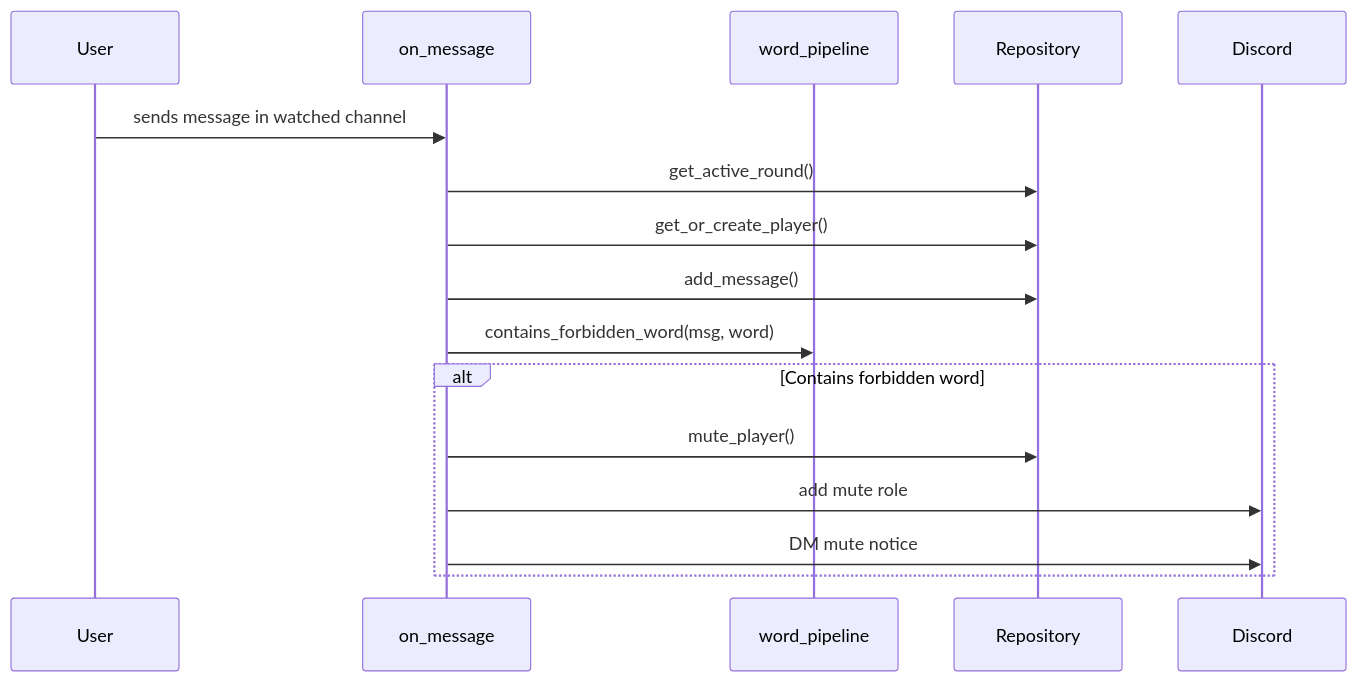
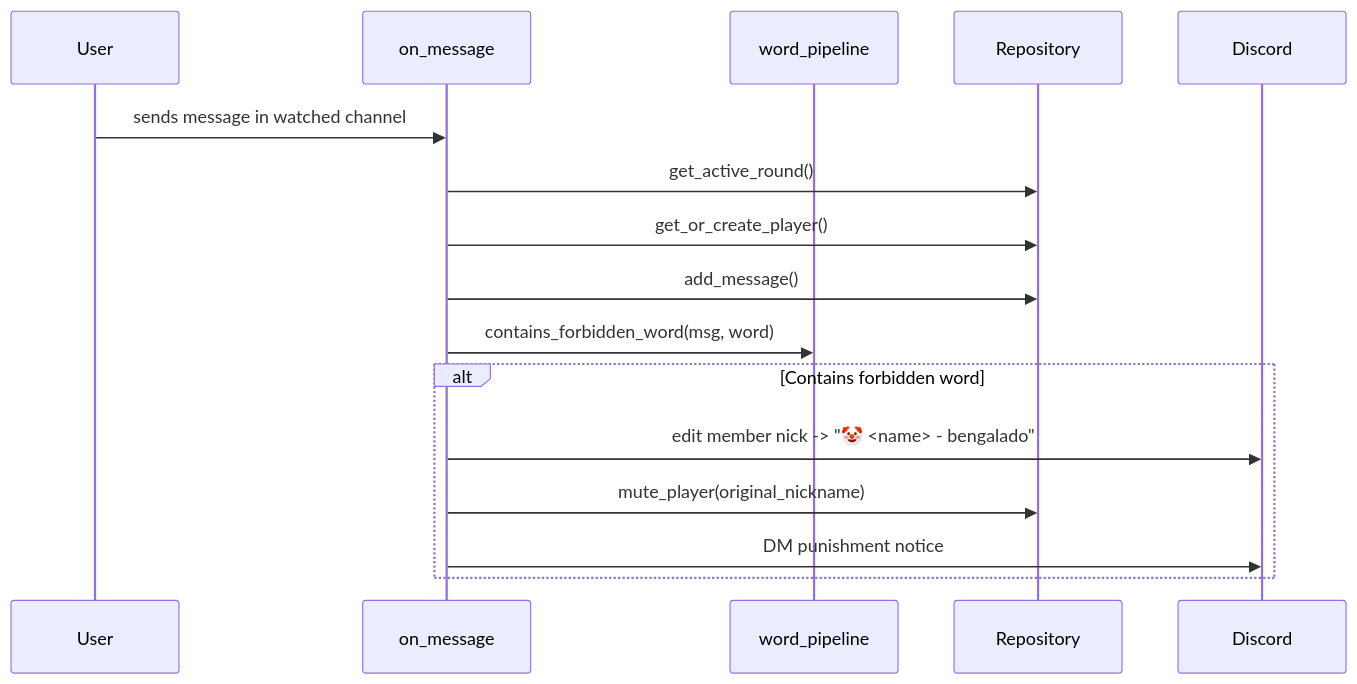
Before and after one commit to vitorfhc/bengala: the third of 3 diagrams in docs/CODEBASE_MAP.md, drawn with Mermaid. The commit also changed other lines of this file and 12 other files, not shown here.

First line of the commit message:
Replace mute punishment with clown-emoji nickname rename

````diff
--- a/docs/CODEBASE_MAP.md
+++ b/docs/CODEBASE_MAP.md
@@ -203,19 +204,19 @@
 ```mermaid
 sequenceDiagram
     participant User
     participant Bot as on_message
     participant Pipeline as word_pipeline
     participant Repo as Repository
     participant Discord
 
     User->>Bot: sends message in watched channel
     Bot->>Repo: get_active_round()
     Bot->>Repo: get_or_create_player()
     Bot->>Repo: add_message()
     Bot->>Pipeline: contains_forbidden_word(msg, word)
     alt Contains forbidden word
-        Bot->>Repo: mute_player()
-        Bot->>Discord: add mute role
-        Bot->>Discord: DM mute notice
+        Bot->>Discord: edit member nick -> "🤡 <name> - bengalado"
+        Bot->>Repo: mute_player(original_nickname)
+        Bot->>Discord: DM punishment notice
     end
 ```
````
